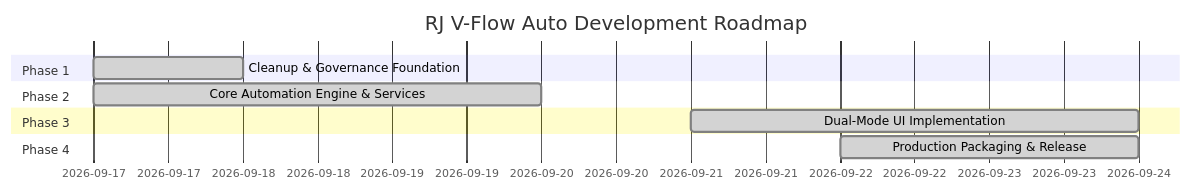
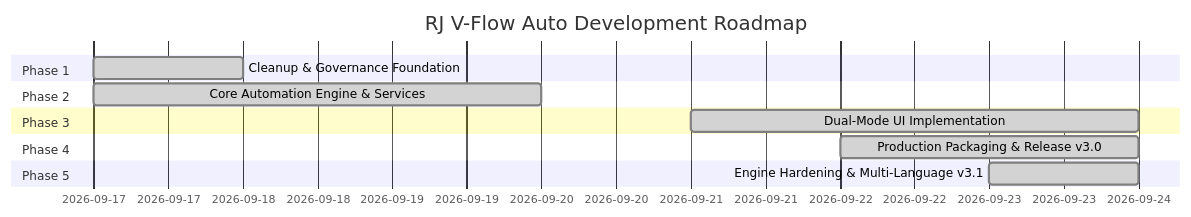
The diagram in docs/ROADMAP.md (riiicil/rj-vflow-auto), drawn with Mermaid before and after one commit. The commit also changed other lines of this file and 9 other files, not shown here.

````diff
--- a/docs/ROADMAP.md
+++ b/docs/ROADMAP.md
@@ -9,13 +9,15 @@
 ```mermaid
 gantt
     title RJ V-Flow Auto Development Roadmap
     dateFormat  YYYY-MM-DD
     section Phase 1
     Cleanup & Governance Foundation       :done, 2026-09-17, 1d
     section Phase 2
     Core Automation Engine & Services     :done, 2026-09-17, 3d
     section Phase 3
     Dual-Mode UI Implementation           :done, 2026-09-21, 3d
     section Phase 4
-    Production Packaging & Release        :done, 2026-09-22, 2d
+    Production Packaging & Release v3.0   :done, 2026-09-22, 2d
+    section Phase 5
+    Engine Hardening & Multi-Language v3.1:done, 2026-09-23, 1d
 ```
````
